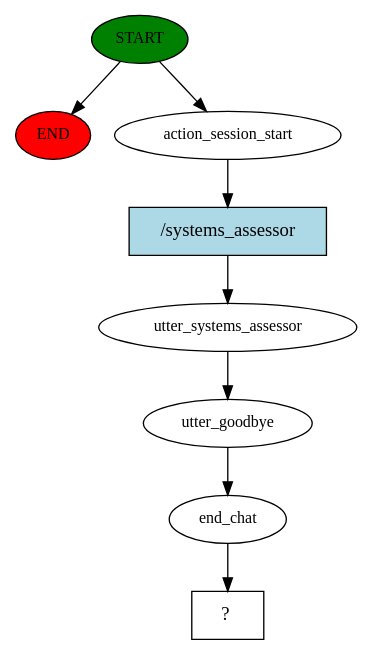
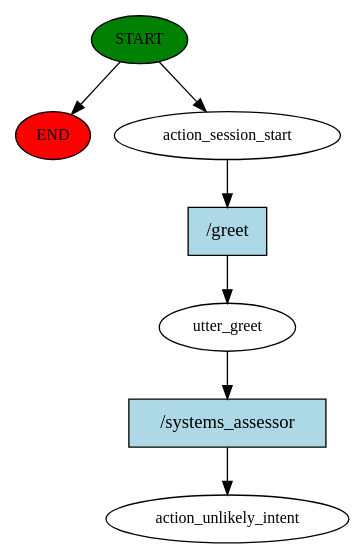
One commit to AlejandroChitivaC/BotPythonRasa changed the diagram in story_graph.dot. Above: the diagram before and after it, drawn with Graphviz.

Commit message:
story graph

```diff
--- a/story_graph.dot
+++ b/story_graph.dot
@@ -1,17 +1,15 @@
 digraph  {
 0 [class="start active", fillcolor=green, fontsize=12, label=START, style=filled];
 "-1" [class=end, fillcolor=red, fontsize=12, label=END, style=filled];
 1 [class=active, fontsize=12, label=action_session_start];
-2 [class=active, fontsize=12, label=utter_systems_assessor];
-3 [class=active, fontsize=12, label=utter_goodbye];
-4 [class=active, fontsize=12, label=end_chat];
-5 [class="intent dashed active", label="  ?  ", shape=rect];
-6 [class="intent active", fillcolor=lightblue, label="/systems_assessor", shape=rect, style=filled];
+2 [class=active, fontsize=12, label=utter_greet];
+3 [class="dashed active", fontsize=12, label=action_unlikely_intent];
+4 [class="intent active", fillcolor=lightblue, label="/greet", shape=rect, style=filled];
+5 [class="intent active", fillcolor=lightblue, label="/systems_assessor", shape=rect, style=filled];
 0 -> "-1"  [class="", key=NONE, label=""];
 0 -> 1  [class=active, key=NONE, label=""];
-1 -> 6  [class=active, key=0];
-2 -> 3  [class=active, key=NONE, label=""];
-3 -> 4  [class=active, key=NONE, label=""];
-4 -> 5  [class=active, key=NONE, label=""];
-6 -> 2  [class=active, key=0];
+1 -> 4  [class=active, key=0];
+2 -> 5  [class=active, key=0];
+4 -> 2  [class=active, key=0];
+5 -> 3  [class=active, key=0];
 }
```
